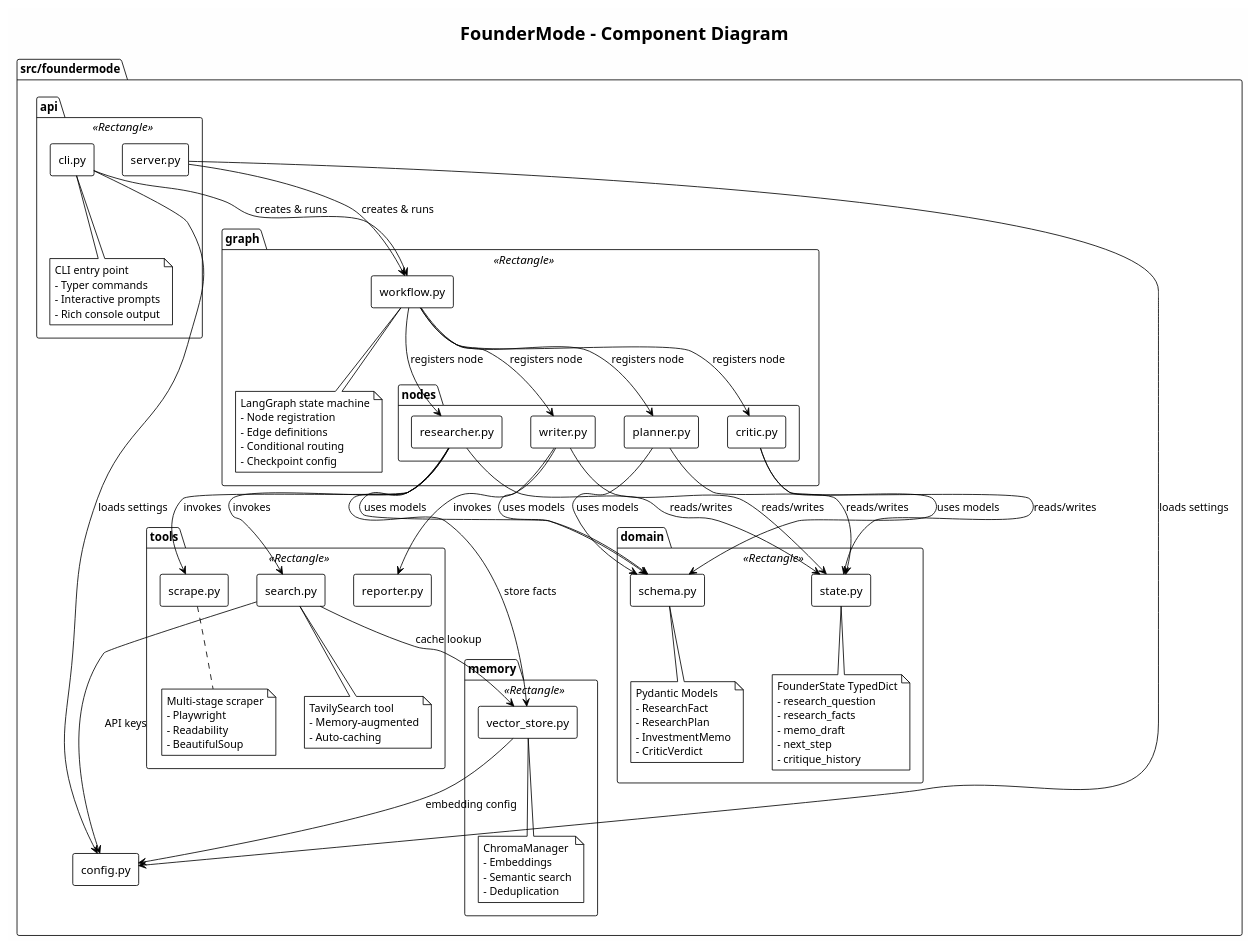
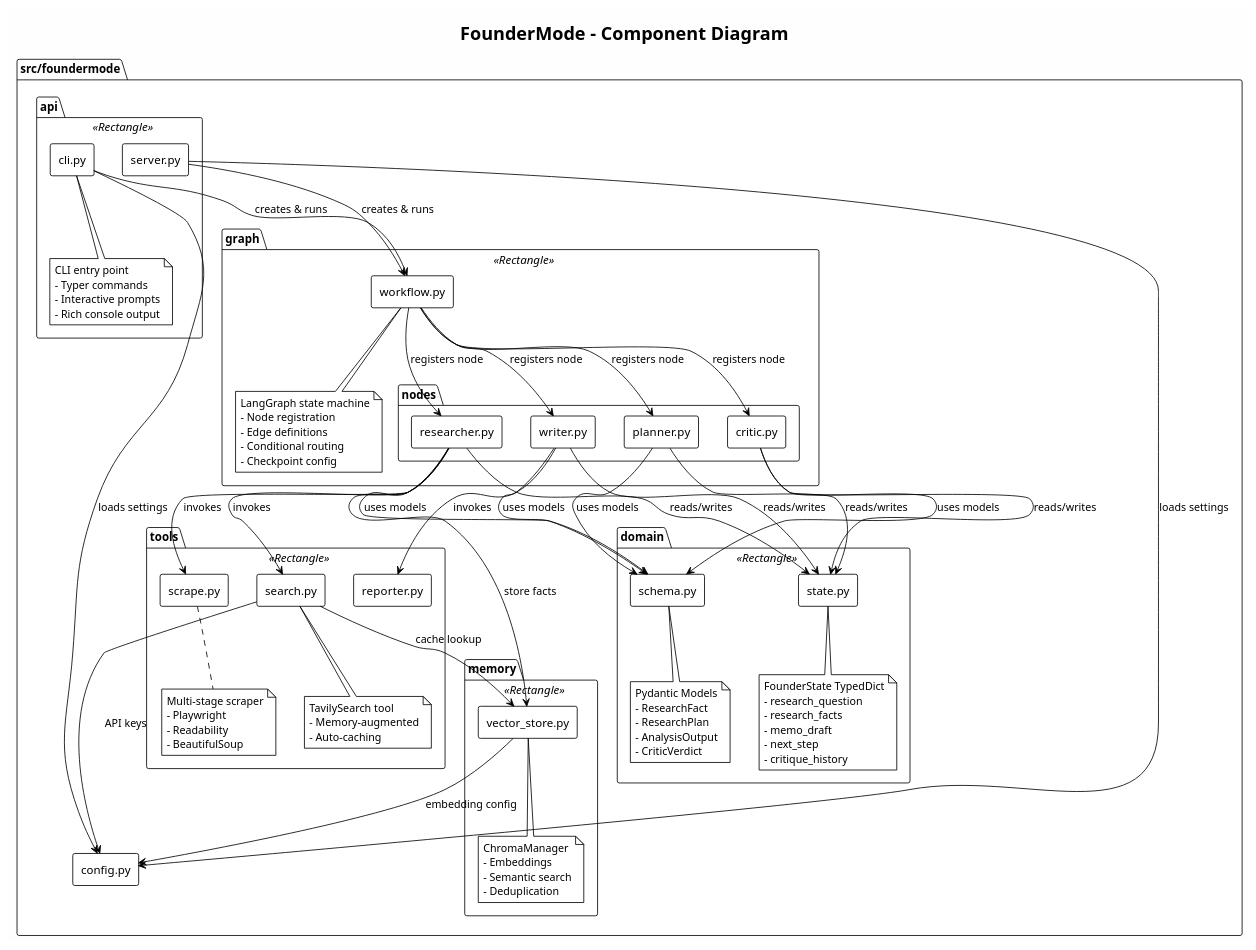
One commit to albeorla/founder-mode changed the diagram in docs/diagrams/components.puml. Above: the diagram before and after it, drawn with PlantUML. The commit also changed 6 other files, not shown here.

```diff
--- a/docs/diagrams/components.puml
+++ b/docs/diagrams/components.puml
@@ -1,127 +1,127 @@
 @startuml components
 !theme plain
 skinparam backgroundColor #FEFEFE
 skinparam componentStyle rectangle
 
 title FounderMode - Component Diagram
 
 package "src/foundermode" {
 
     package "api" <<Rectangle>> {
         [cli.py] as cli
         [server.py] as server
 
         note bottom of cli
           CLI entry point
           - Typer commands
           - Interactive prompts
           - Rich console output
         end note
     }
 
     package "graph" <<Rectangle>> {
         [workflow.py] as workflow
 
         package "nodes" {
             [planner.py] as planner
             [researcher.py] as researcher
             [writer.py] as writer
             [critic.py] as critic
         }
 
         note bottom of workflow
           LangGraph state machine
           - Node registration
           - Edge definitions
           - Conditional routing
           - Checkpoint config
         end note
     }
 
     package "domain" <<Rectangle>> {
         [state.py] as state
         [schema.py] as schema
 
         note bottom of state
           FounderState TypedDict
           - research_question
           - research_facts
           - memo_draft
           - next_step
           - critique_history
         end note
 
         note bottom of schema
           Pydantic Models
           - ResearchFact
           - ResearchPlan
-          - InvestmentMemo
+          - AnalysisOutput
           - CriticVerdict
         end note
     }
 
     package "tools" <<Rectangle>> {
         [search.py] as search
         [scrape.py] as scrape
         [reporter.py] as reporter
 
         note bottom of search
           TavilySearch tool
           - Memory-augmented
           - Auto-caching
         end note
 
         note bottom of scrape
           Multi-stage scraper
           - Playwright
           - Readability
           - BeautifulSoup
         end note
     }
 
     package "memory" <<Rectangle>> {
         [vector_store.py] as vector
 
         note bottom of vector
           ChromaManager
           - Embeddings
           - Semantic search
           - Deduplication
         end note
     }
 
     [config.py] as config
 }
 
 ' Dependencies
 cli --> workflow : creates & runs
 server --> workflow : creates & runs
 
 workflow --> planner : registers node
 workflow --> researcher : registers node
 workflow --> writer : registers node
 workflow --> critic : registers node
 
 planner --> state : reads/writes
 researcher --> state : reads/writes
 writer --> state : reads/writes
 critic --> state : reads/writes
 
 planner --> schema : uses models
 researcher --> schema : uses models
 writer --> schema : uses models
 critic --> schema : uses models
 
 researcher --> search : invokes
 researcher --> scrape : invokes
 writer --> reporter : invokes
 
 search --> vector : cache lookup
 researcher --> vector : store facts
 
 cli --> config : loads settings
 server --> config : loads settings
 search --> config : API keys
 vector --> config : embedding config
 
 @enduml
```
